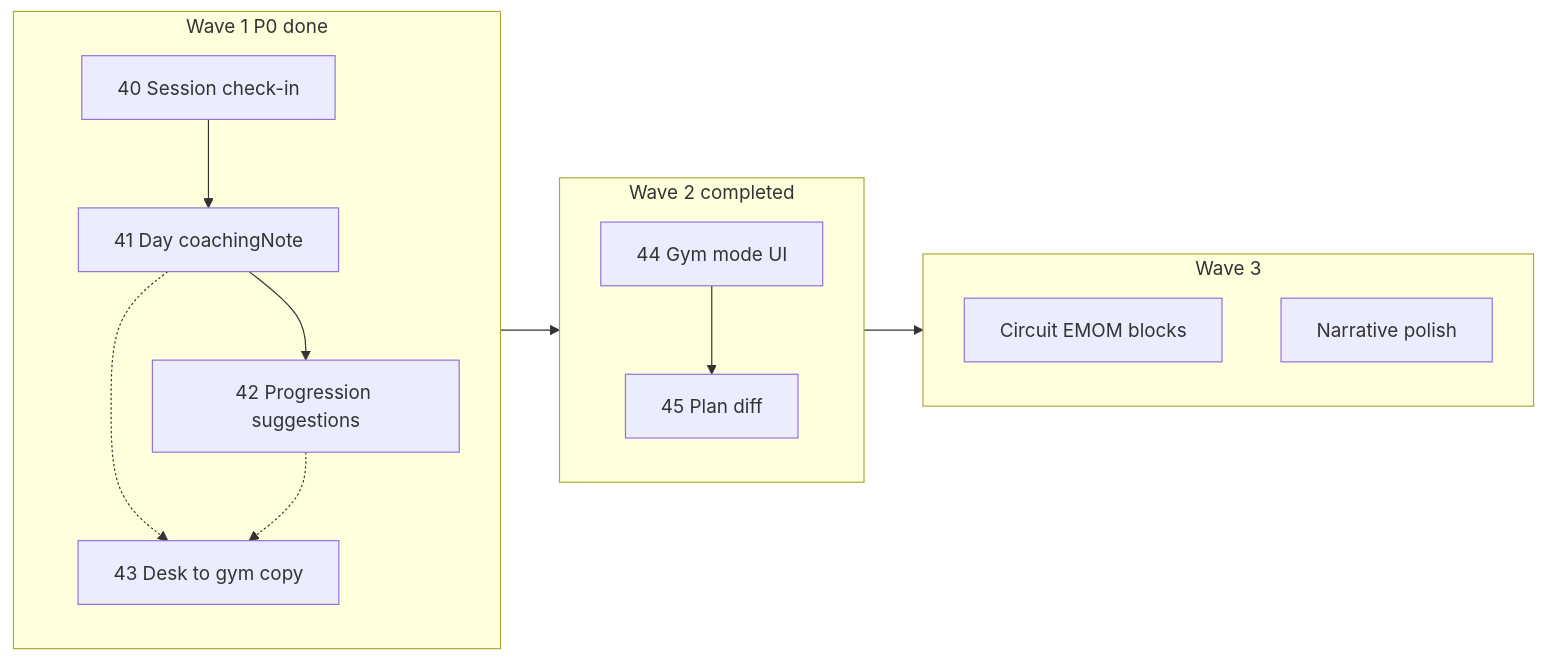
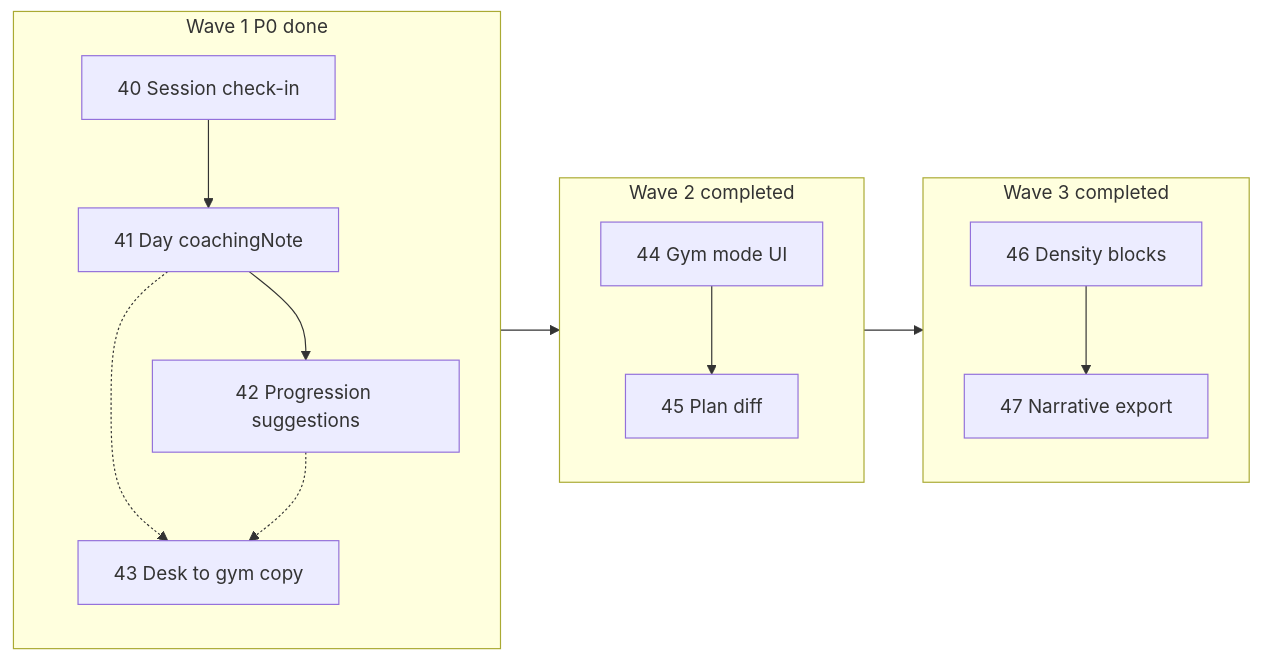
One commit to edar-dev/powercoach-studio changed the diagram in .cursor/plans/feature-roadmap-v7.plan.md. Above: the diagram before and after it, drawn with Mermaid. The commit also changed other lines of this file and 40 other files, not shown here.

First line of the commit message:
feat(identity): Wave 3 — circuit/EMOM density blocks + narrative export

````diff
--- a/.cursor/plans/feature-roadmap-v7.plan.md
+++ b/.cursor/plans/feature-roadmap-v7.plan.md
@@ -58,22 +64,23 @@
 ```mermaid
 flowchart LR
   subgraph wave1 [Wave 1 P0 done]
     F40[40 Session check-in]
     F41[41 Day coachingNote]
     F42[42 Progression suggestions]
     F43[43 Desk to gym copy]
   end
   subgraph wave2 [Wave 2 completed]
     F44[44 Gym mode UI]
     F45[45 Plan diff]
   end
-  subgraph wave3 [Wave 3]
-    density[Circuit EMOM blocks]
-    narrative[Narrative polish]
+  subgraph wave3 [Wave 3 completed]
+    F46[46 Density blocks]
+    F47[47 Narrative export]
   end
   F40 --> F41 --> F42
   F41 -.-> F43
   F42 -.-> F43
   wave1 --> wave2 --> wave3
   F44 --> F45
+  F46 --> F47
 ```
````
